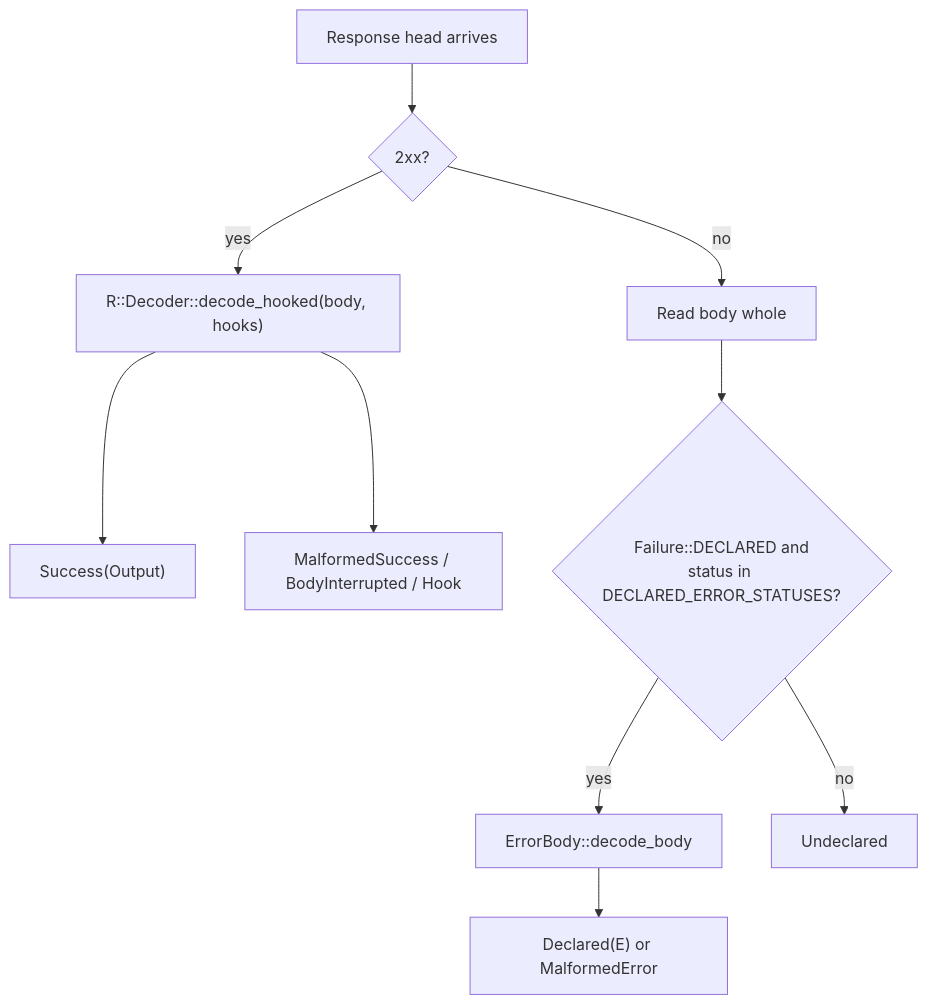
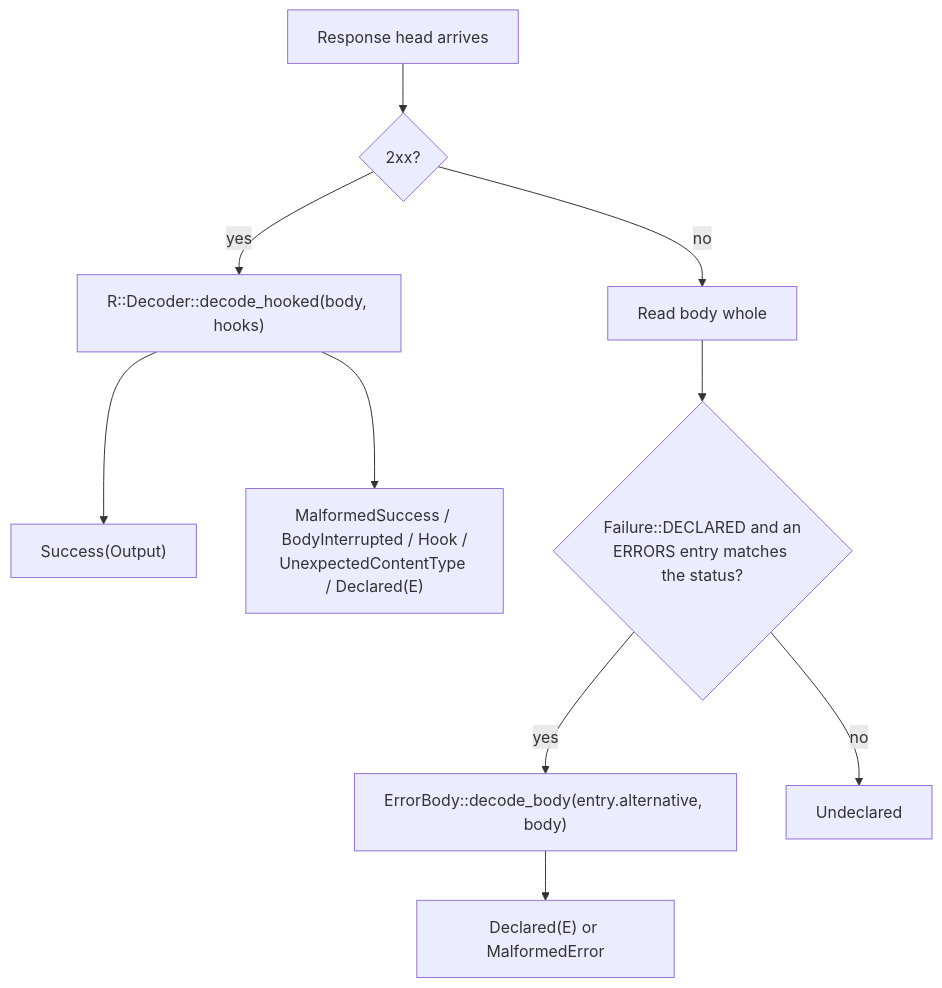
One commit to yankeeinlondon/rusty-biscuit changed the second of 3 diagrams in schematic/docs/runtime/codecs.md. Above: the diagram before and after it, drawn with Mermaid. The commit also changed other lines of this file and 8 other files, not shown here.

First line of the commit message:
docs(schematic): document runtime response codecs and GraphQL decoding

````diff
--- a/schematic/docs/runtime/codecs.md
+++ b/schematic/docs/runtime/codecs.md
@@ -139,12 +169,12 @@
 ```mermaid
 flowchart TD
     A["Response head arrives"] --> B{"2xx?"}
     B -->|yes| C["R::Decoder::decode_hooked(body, hooks)"]
     C --> S["Success(Output)"]
-    C --> F1["MalformedSuccess / BodyInterrupted / Hook"]
+    C --> F1["MalformedSuccess / BodyInterrupted / Hook /<br/>UnexpectedContentType / Declared(E)"]
     B -->|no| D["Read body whole"]
-    D --> E{"Failure::DECLARED and<br/>status in DECLARED_ERROR_STATUSES?"}
-    E -->|yes| G["ErrorBody::decode_body"]
+    D --> E{"Failure::DECLARED and an<br/>ERRORS entry matches the status?"}
+    E -->|yes| G["ErrorBody::decode_body(entry.alternative, body)"]
     G --> F2["Declared(E) or MalformedError"]
     E -->|no| F3["Undeclared"]
 ```
````
